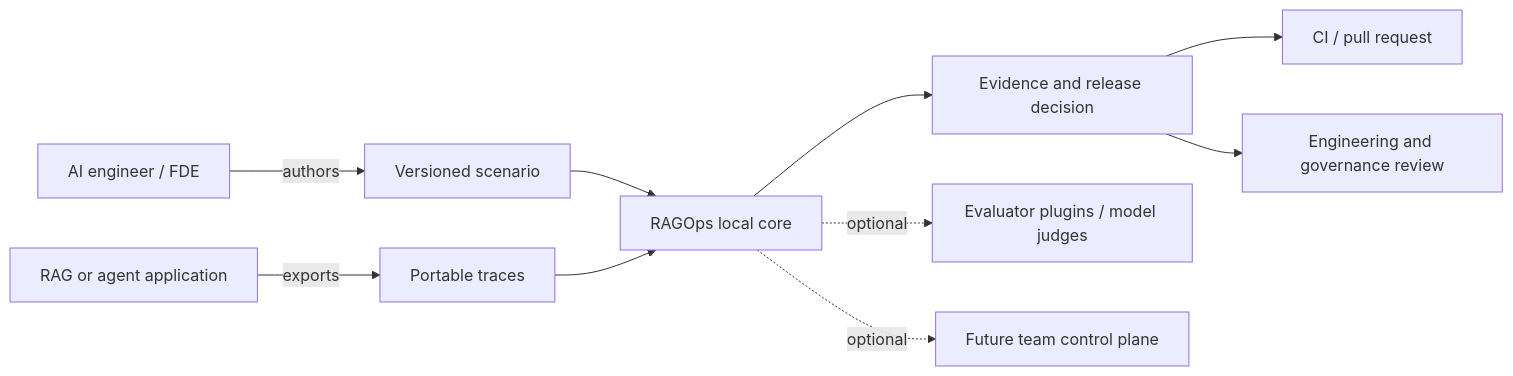
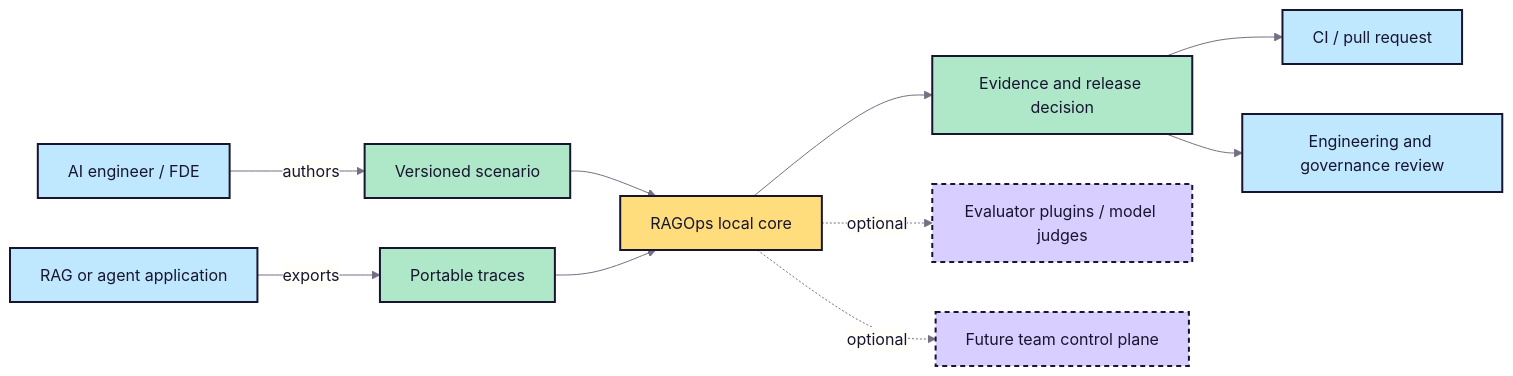
Before and after one commit to thangldw/ragops: the diagram in docs/architecture/context-diagram.md, drawn with Mermaid. The commit also changed other lines of this file and 39 other files, not shown here.

````diff
--- a/docs/architecture/context-diagram.md
+++ b/docs/architecture/context-diagram.md
@@ -3,12 +3,21 @@
 ```mermaid
+%%{init: {"theme":"base","fontFamily":"system-ui, -apple-system, BlinkMacSystemFont, Segoe UI, sans-serif","flowchart":{"curve":"basis"},"themeVariables":{"background":"#f8f6f0","primaryColor":"#ffdc7c","primaryTextColor":"#17152f","primaryBorderColor":"#17152f","secondaryColor":"#bfe8ff","tertiaryColor":"#d8ceff","lineColor":"#756f84","edgeLabelBackground":"#fffef9"}}}%%
 flowchart LR
     Engineer["AI engineer / FDE"] -->|authors| Scenario["Versioned scenario"]
     Application["RAG or agent application"] -->|exports| Trace["Portable traces"]
     Scenario --> Core["RAGOps local core"]
     Trace --> Core
     Core --> Report["Evidence and release decision"]
     Report --> CI["CI / pull request"]
     Report --> Reviewer["Engineering and governance review"]
     Core -. optional .-> Plugin["Evaluator plugins / model judges"]
     Core -. optional .-> Hosted["Future team control plane"]
+    classDef person fill:#bfe8ff,stroke:#17152f,color:#17152f,stroke-width:2px;
+    classDef core fill:#ffdc7c,stroke:#17152f,color:#17152f,stroke-width:2px;
+    classDef evidence fill:#aee8c9,stroke:#17152f,color:#17152f,stroke-width:2px;
+    classDef optional fill:#d8ceff,stroke:#17152f,color:#17152f,stroke-width:2px,stroke-dasharray:5 4;
+    class Engineer,Application,Reviewer,CI person;
+    class Core core;
+    class Scenario,Trace,Report evidence;
+    class Plugin,Hosted optional;
 ```
````
